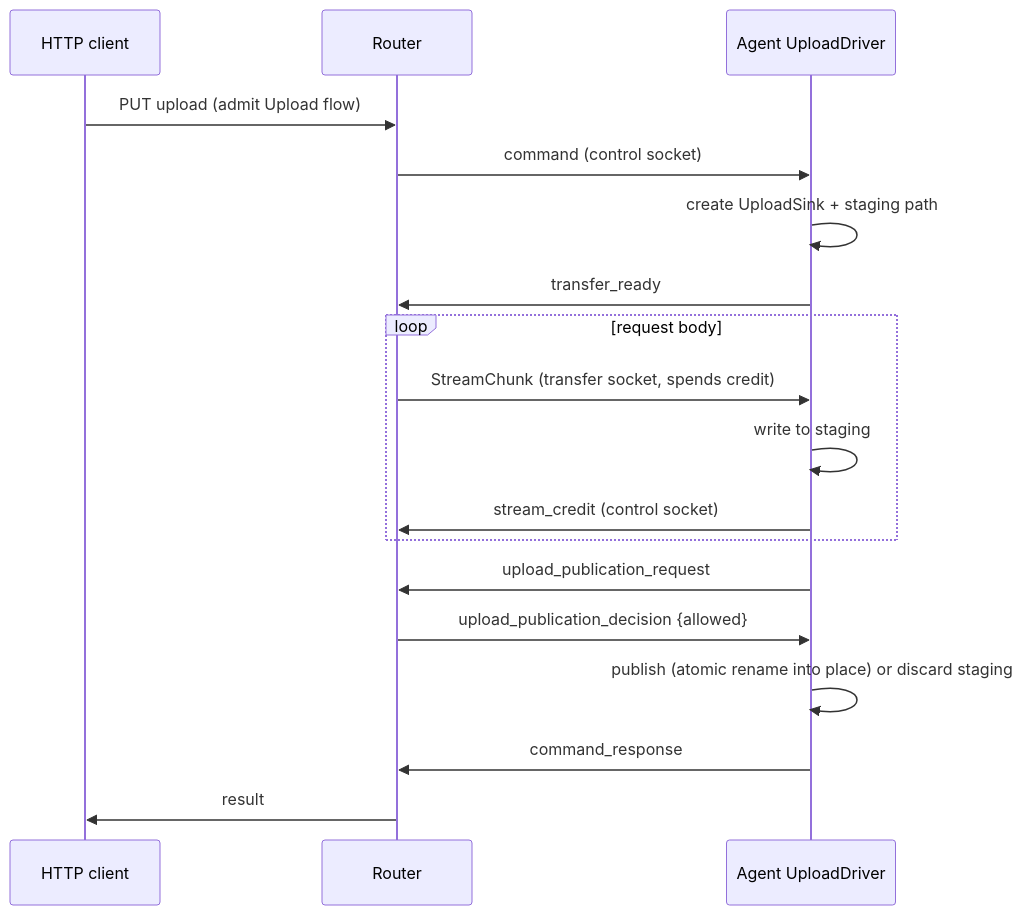
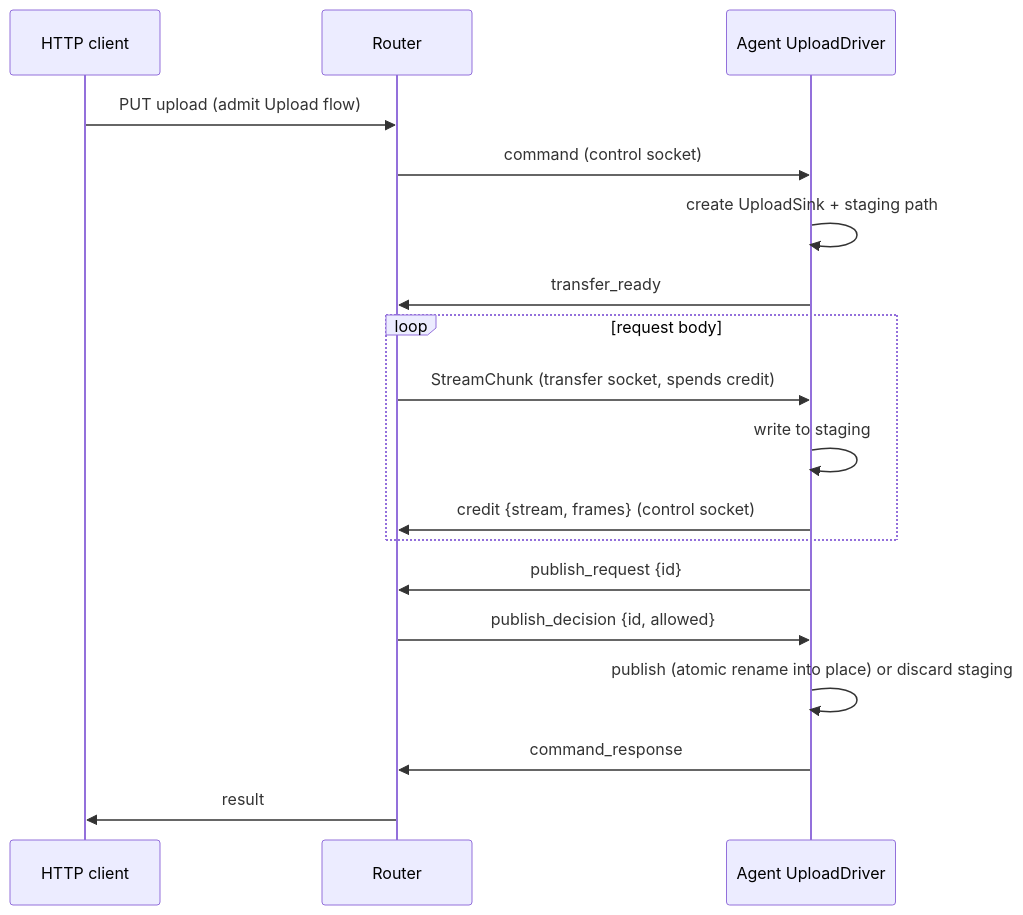
One commit to FruitieX/redoor changed the eighth of 10 diagrams in ARCHITECTURE.md. Above: the diagram before and after it, drawn with Mermaid. The commit also changed other lines of this file and 62 other files, not shown here.

````diff
--- a/ARCHITECTURE.md
+++ b/ARCHITECTURE.md
@@ -368,21 +400,21 @@
 ```mermaid
 sequenceDiagram
     participant C as HTTP client
     participant R as Router
     participant A as Agent UploadDriver
 
     C->>R: PUT upload (admit Upload flow)
     R->>A: command (control socket)
     A->>A: create UploadSink + staging path
     A->>R: transfer_ready
     loop request body
         R->>A: StreamChunk (transfer socket, spends credit)
         A->>A: write to staging
-        A->>R: stream_credit (control socket)
+        A->>R: credit {stream, frames} (control socket)
     end
-    A->>R: upload_publication_request
-    R->>A: upload_publication_decision {allowed}
+    A->>R: publish_request {id}
+    R->>A: publish_decision {id, allowed}
     A->>A: publish (atomic rename into place) or discard staging
     A->>R: command_response
     R->>C: result
 ```
````
